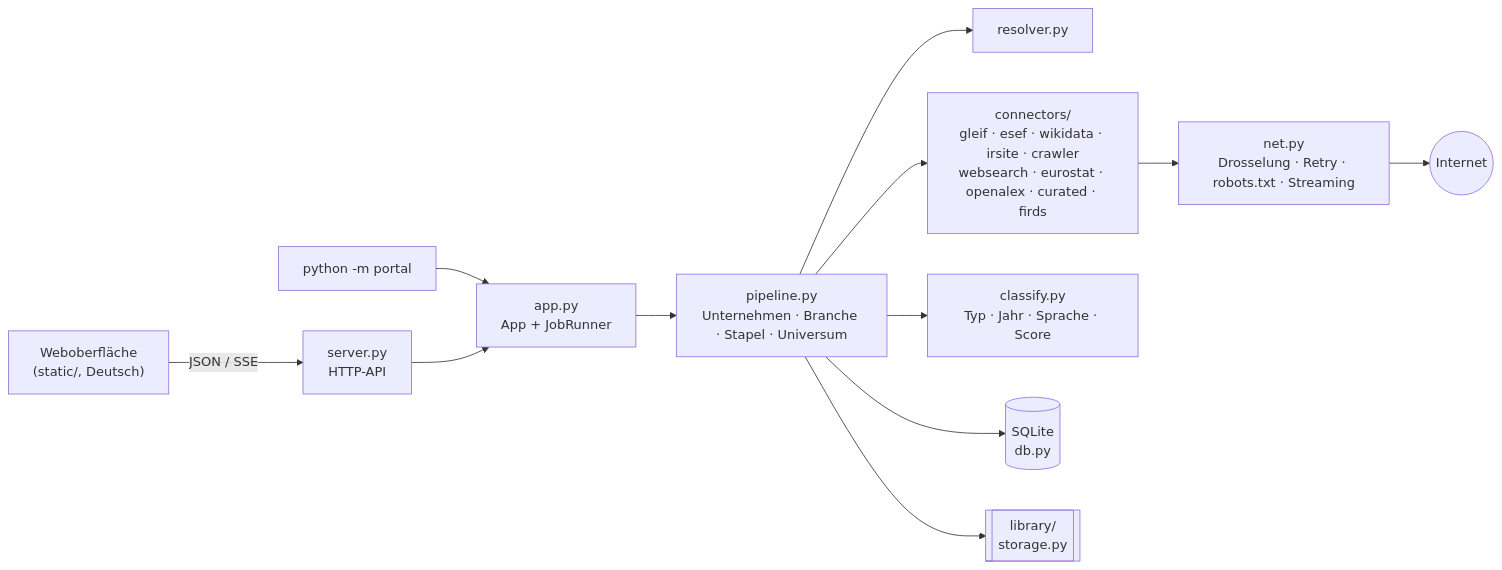
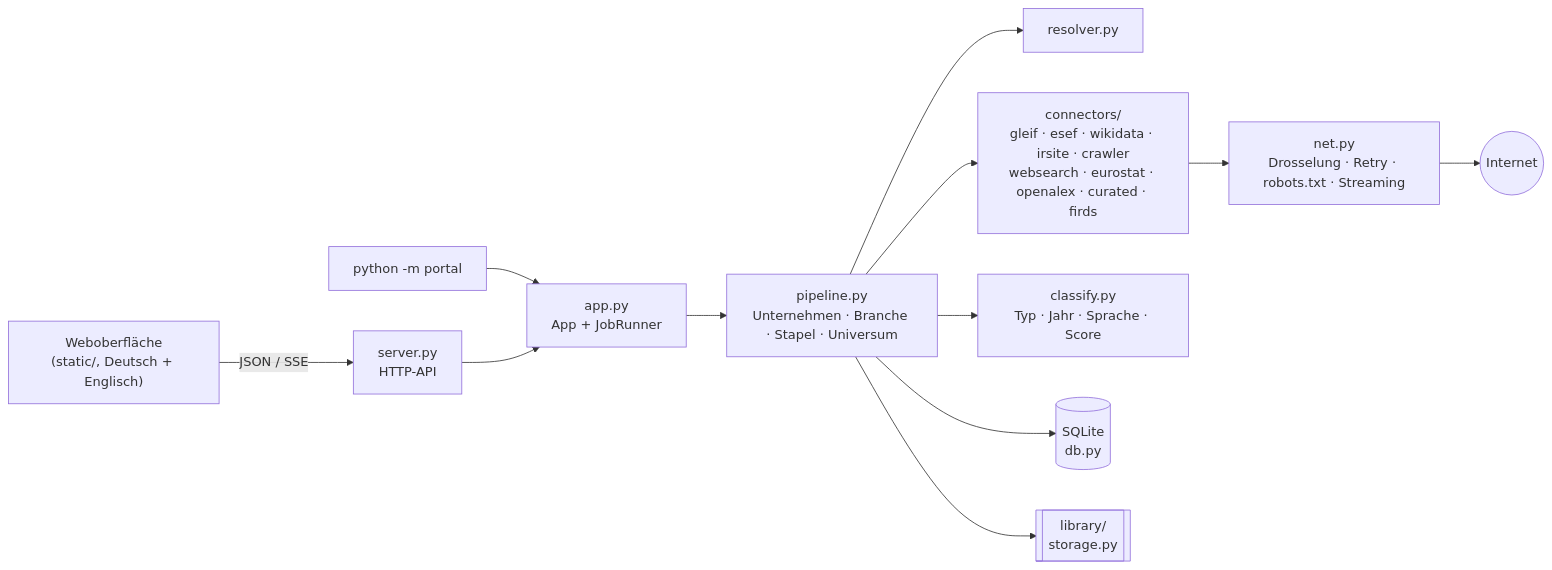
Before and after one commit to LXisCool1337/OnlineConfigs: the diagram in docs/PLAN.md, drawn with Mermaid. The commit also changed other lines of this file and 43 other files, not shown here.

````diff
--- a/docs/PLAN.md
+++ b/docs/PLAN.md
@@ -62,14 +62,14 @@
 ```mermaid
 flowchart LR
-  UI["Weboberfläche<br/>(static/, Deutsch)"] -- JSON / SSE --> API["server.py<br/>HTTP-API"]
+  UI["Weboberfläche<br/>(static/, Deutsch + Englisch)"] -- JSON / SSE --> API["server.py<br/>HTTP-API"]
   CLI["python -m portal"] --> APP
   API --> APP["app.py<br/>App + JobRunner"]
   APP --> PIPE["pipeline.py<br/>Unternehmen · Branche · Stapel · Universum"]
   PIPE --> RES["resolver.py"]
   PIPE --> CON["connectors/<br/>gleif · esef · wikidata · irsite · crawler<br/>websearch · eurostat · openalex · curated · firds"]
   CON --> NET["net.py<br/>Drosselung · Retry · robots.txt · Streaming"]
   NET --> WEB(("Internet"))
   PIPE --> CLS["classify.py<br/>Typ · Jahr · Sprache · Score"]
   PIPE --> DB[("SQLite<br/>db.py")]
   PIPE --> LIB[["library/<br/>storage.py"]]
 ```
````
